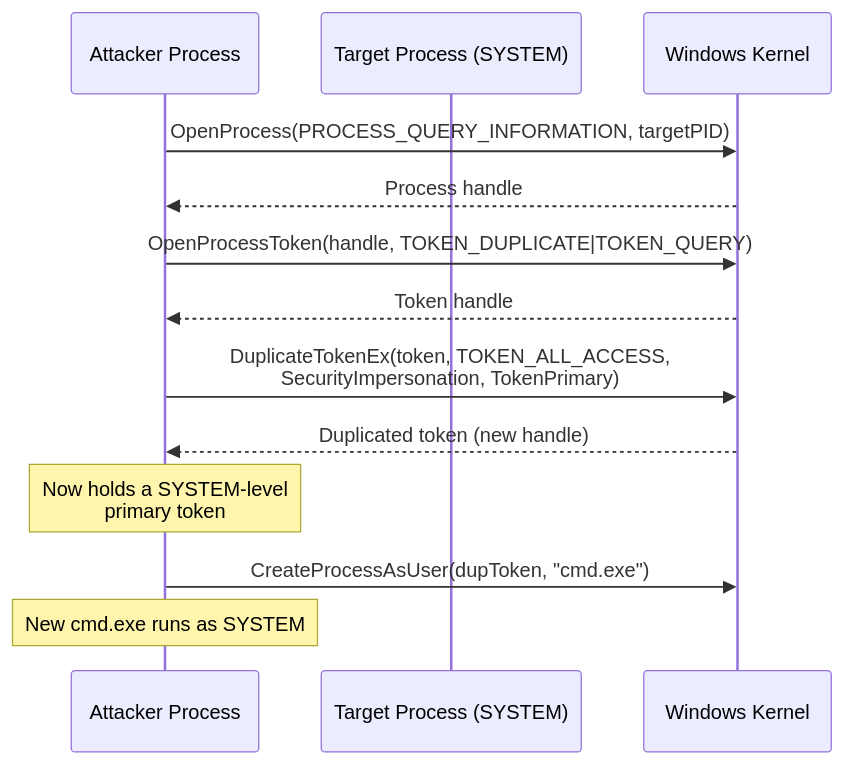
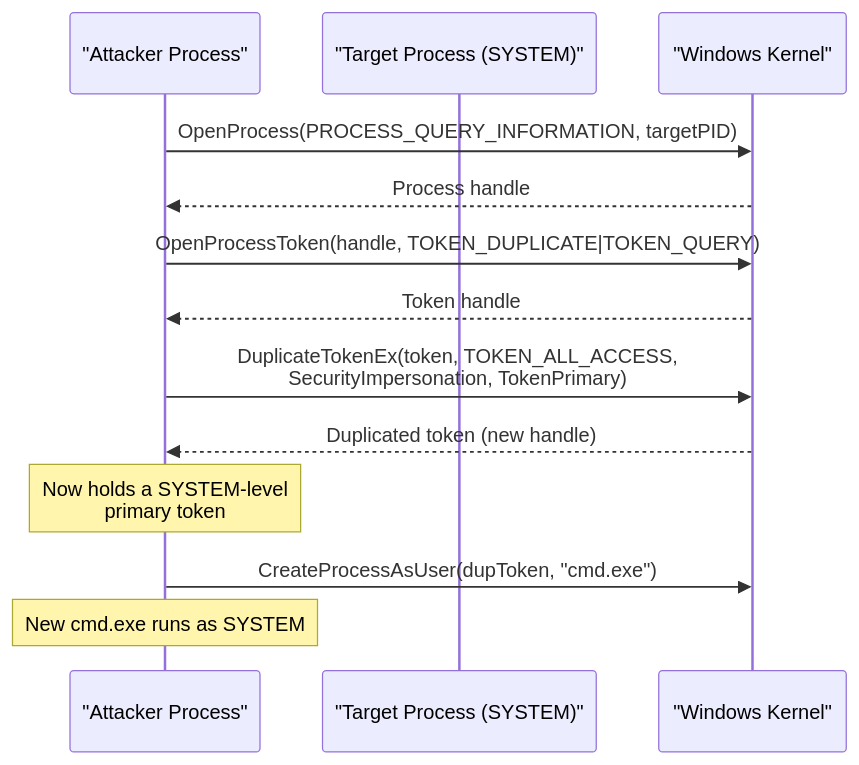
The first of 3 diagrams in docs/techniques/tokens/token-theft.md (oioio-space/maldev), drawn with Mermaid before and after one commit. The commit also changed 52 other files, not shown here.

First line of the commit message:
fix(docs): quote multi-word Mermaid participant aliases — 11.2.0 strict-mode sweep

````diff
--- a/docs/techniques/tokens/token-theft.md
+++ b/docs/techniques/tokens/token-theft.md
@@ -27,20 +27,20 @@
 ```mermaid
 sequenceDiagram
-    participant Attacker as Attacker Process
-    participant Target as Target Process (SYSTEM)
-    participant Kernel as Windows Kernel
+    participant Attacker as "Attacker Process"
+    participant Target as "Target Process (SYSTEM)"
+    participant Kernel as "Windows Kernel"
 
     Attacker->>Kernel: OpenProcess(PROCESS_QUERY_INFORMATION, targetPID)
     Kernel-->>Attacker: Process handle
 
     Attacker->>Kernel: OpenProcessToken(handle, TOKEN_DUPLICATE|TOKEN_QUERY)
     Kernel-->>Attacker: Token handle
 
     Attacker->>Kernel: DuplicateTokenEx(token, TOKEN_ALL_ACCESS,<br>SecurityImpersonation, TokenPrimary)
     Kernel-->>Attacker: Duplicated token (new handle)
 
     Note over Attacker: Now holds a SYSTEM-level<br>primary token
 
     Attacker->>Kernel: CreateProcessAsUser(dupToken, "cmd.exe")
     Note over Attacker: New cmd.exe runs as SYSTEM
 ```
````
